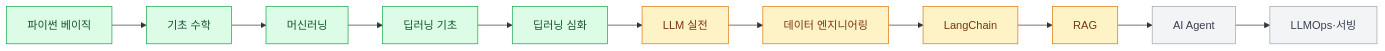
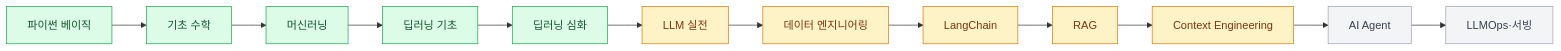
The diagram in README.md (ysl727727/TIL), drawn with Mermaid before and after one commit. The commit also changed other lines of this file and 10 other files, not shown here.

Commit message:
docs: Context Engineering 1일차(1~4장)와 Python 보강 1주 3일 학습 기록 추가

````diff
--- a/README.md
+++ b/README.md
@@ -27,12 +27,12 @@
 ```mermaid
 flowchart LR
     PY[파이썬 베이직] --> BM[기초 수학] --> ML[머신러닝] --> DLB[딥러닝 기초] --> DLA[딥러닝 심화] --> LLM[LLM 실전]
-    LLM --> DE[데이터 엔지니어링] --> LC[LangChain] --> RAG[RAG] --> AG[AI Agent] --> OPS[LLMOps·서빙]
+    LLM --> DE[데이터 엔지니어링] --> LC[LangChain] --> RAG[RAG] --> CE[Context Engineering] --> AG[AI Agent] --> OPS[LLMOps·서빙]
 
     classDef done fill:#dcfce7,stroke:#16a34a,color:#14532d
     classDef now fill:#fef3c7,stroke:#d97706,color:#78350f
     classDef next fill:#f3f4f6,stroke:#9ca3af,color:#374151
     class PY,BM,ML,DLB,DLA done
-    class LLM,DE,LC,RAG now
+    class LLM,DE,LC,RAG,CE now
     class AG,OPS next
 ```
````
